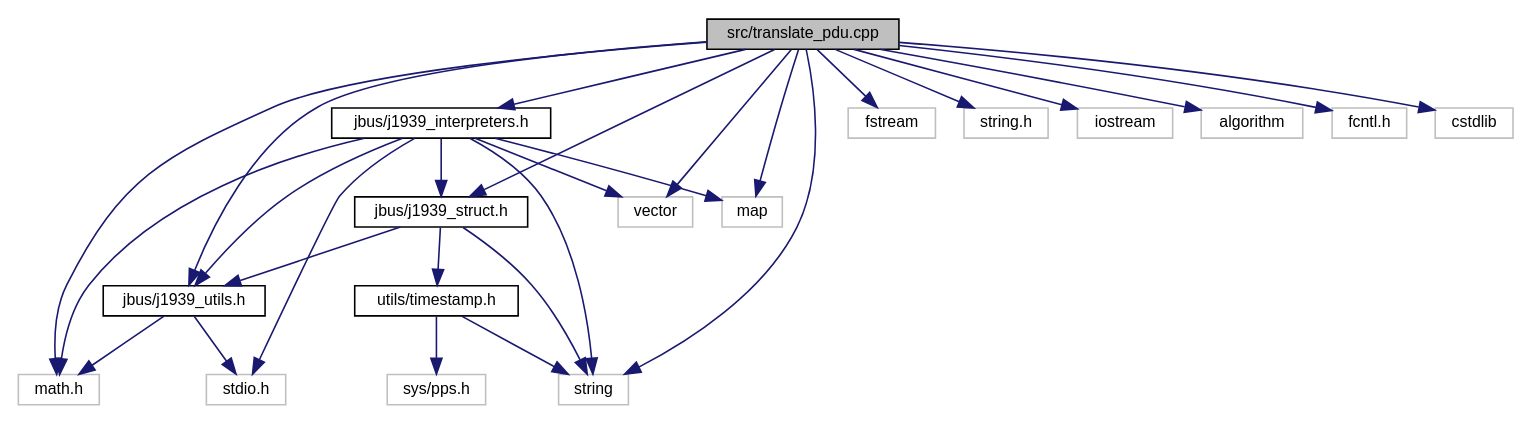
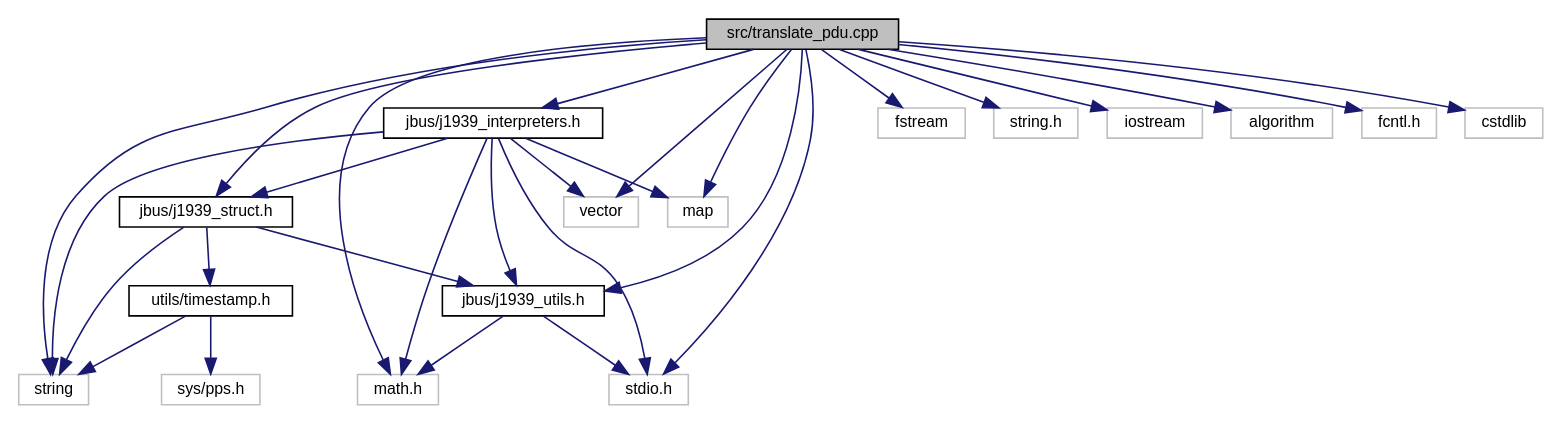
Before and after one commit to AboudyKreidieh/truck-code: the diagram in docs/translate__pdu_8cpp__incl.dot, drawn with Graphviz. The commit also changed 9988 other files, not shown here.

```diff
--- a/docs/translate__pdu_8cpp__incl.dot
+++ b/docs/translate__pdu_8cpp__incl.dot
@@ -1,49 +1,50 @@
 digraph "src/translate_pdu.cpp"
 {
   edge [fontname="Helvetica",fontsize="10",labelfontname="Helvetica",labelfontsize="10"];
   node [fontname="Helvetica",fontsize="10",shape=record];
   Node0 [label="src/translate_pdu.cpp",height=0.2,width=0.4,color="black", fillcolor="grey75", style="filled", fontcolor="black"];
   Node0 -> Node1 [color="midnightblue",fontsize="10",style="solid",fontname="Helvetica"];
   Node1 [label="jbus/j1939_utils.h",height=0.2,width=0.4,color="black", fillcolor="white", style="filled",URL="$j1939__utils_8h.html"];
   Node1 -> Node2 [color="midnightblue",fontsize="10",style="solid",fontname="Helvetica"];
   Node2 [label="math.h",height=0.2,width=0.4,color="grey75", fillcolor="white", style="filled"];
   Node1 -> Node3 [color="midnightblue",fontsize="10",style="solid",fontname="Helvetica"];
   Node3 [label="stdio.h",height=0.2,width=0.4,color="grey75", fillcolor="white", style="filled"];
   Node0 -> Node4 [color="midnightblue",fontsize="10",style="solid",fontname="Helvetica"];
   Node4 [label="jbus/j1939_struct.h",height=0.2,width=0.4,color="black", fillcolor="white", style="filled",URL="$j1939__struct_8h.html"];
   Node4 -> Node5 [color="midnightblue",fontsize="10",style="solid",fontname="Helvetica"];
   Node5 [label="string",height=0.2,width=0.4,color="grey75", fillcolor="white", style="filled"];
   Node4 -> Node1 [color="midnightblue",fontsize="10",style="solid",fontname="Helvetica"];
   Node4 -> Node6 [color="midnightblue",fontsize="10",style="solid",fontname="Helvetica"];
   Node6 [label="utils/timestamp.h",height=0.2,width=0.4,color="black", fillcolor="white", style="filled",URL="$timestamp_8h.html"];
   Node6 -> Node5 [color="midnightblue",fontsize="10",style="solid",fontname="Helvetica"];
   Node6 -> Node7 [color="midnightblue",fontsize="10",style="solid",fontname="Helvetica"];
   Node7 [label="sys/pps.h",height=0.2,width=0.4,color="grey75", fillcolor="white", style="filled"];
   Node0 -> Node8 [color="midnightblue",fontsize="10",style="solid",fontname="Helvetica"];
   Node8 [label="jbus/j1939_interpreters.h",height=0.2,width=0.4,color="black", fillcolor="white", style="filled",URL="$j1939__interpreters_8h.html"];
   Node8 -> Node3 [color="midnightblue",fontsize="10",style="solid",fontname="Helvetica"];
   Node8 -> Node2 [color="midnightblue",fontsize="10",style="solid",fontname="Helvetica"];
   Node8 -> Node9 [color="midnightblue",fontsize="10",style="solid",fontname="Helvetica"];
   Node9 [label="vector",height=0.2,width=0.4,color="grey75", fillcolor="white", style="filled"];
   Node8 -> Node10 [color="midnightblue",fontsize="10",style="solid",fontname="Helvetica"];
   Node10 [label="map",height=0.2,width=0.4,color="grey75", fillcolor="white", style="filled"];
   Node8 -> Node5 [color="midnightblue",fontsize="10",style="solid",fontname="Helvetica"];
   Node8 -> Node4 [color="midnightblue",fontsize="10",style="solid",fontname="Helvetica"];
   Node8 -> Node1 [color="midnightblue",fontsize="10",style="solid",fontname="Helvetica"];
   Node0 -> Node9 [color="midnightblue",fontsize="10",style="solid",fontname="Helvetica"];
   Node0 -> Node10 [color="midnightblue",fontsize="10",style="solid",fontname="Helvetica"];
   Node0 -> Node11 [color="midnightblue",fontsize="10",style="solid",fontname="Helvetica"];
   Node11 [label="fstream",height=0.2,width=0.4,color="grey75", fillcolor="white", style="filled"];
   Node0 -> Node5 [color="midnightblue",fontsize="10",style="solid",fontname="Helvetica"];
   Node0 -> Node12 [color="midnightblue",fontsize="10",style="solid",fontname="Helvetica"];
   Node12 [label="string.h",height=0.2,width=0.4,color="grey75", fillcolor="white", style="filled"];
   Node0 -> Node13 [color="midnightblue",fontsize="10",style="solid",fontname="Helvetica"];
   Node13 [label="iostream",height=0.2,width=0.4,color="grey75", fillcolor="white", style="filled"];
   Node0 -> Node14 [color="midnightblue",fontsize="10",style="solid",fontname="Helvetica"];
   Node14 [label="algorithm",height=0.2,width=0.4,color="grey75", fillcolor="white", style="filled"];
   Node0 -> Node2 [color="midnightblue",fontsize="10",style="solid",fontname="Helvetica"];
   Node0 -> Node15 [color="midnightblue",fontsize="10",style="solid",fontname="Helvetica"];
   Node15 [label="fcntl.h",height=0.2,width=0.4,color="grey75", fillcolor="white", style="filled"];
   Node0 -> Node16 [color="midnightblue",fontsize="10",style="solid",fontname="Helvetica"];
   Node16 [label="cstdlib",height=0.2,width=0.4,color="grey75", fillcolor="white", style="filled"];
+  Node0 -> Node3 [color="midnightblue",fontsize="10",style="solid",fontname="Helvetica"];
 }
```
